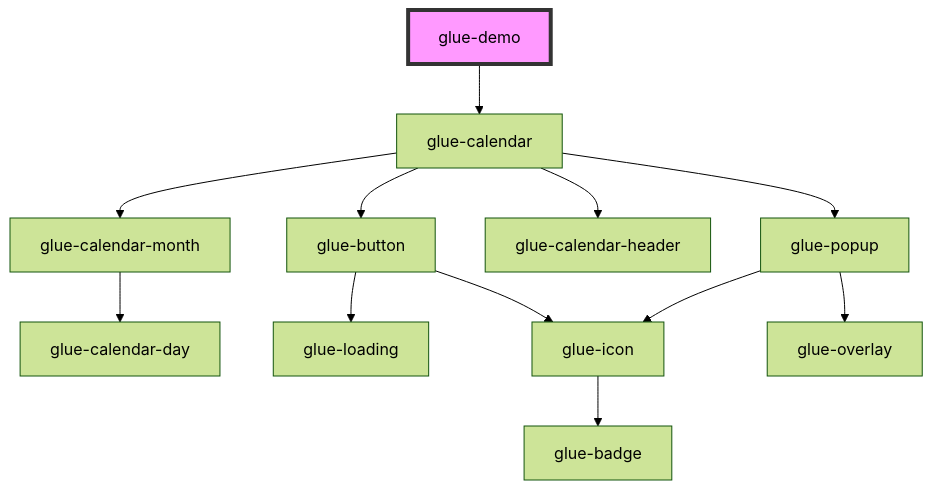
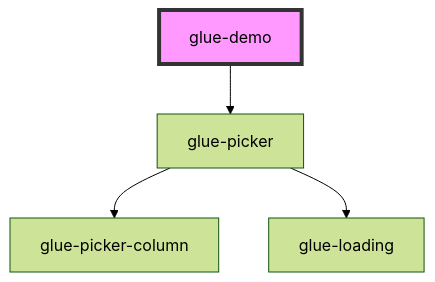
One commit to grasilife/glue changed the diagram in packages/glue-components/src/components/glue-demo/readme.md. Above: the diagram before and after it, drawn with Mermaid (forest theme). The commit also changed other lines of this file and 23 other files, not shown here.

````diff
--- a/packages/glue-components/src/components/glue-demo/readme.md
+++ b/packages/glue-components/src/components/glue-demo/readme.md
@@ -15,15 +15,7 @@
 ```mermaid
 graph TD;
-  glue-demo --> glue-calendar
-  glue-calendar --> glue-calendar-month
-  glue-calendar --> glue-button
-  glue-calendar --> glue-calendar-header
-  glue-calendar --> glue-popup
-  glue-calendar-month --> glue-calendar-day
-  glue-button --> glue-loading
-  glue-button --> glue-icon
-  glue-icon --> glue-badge
-  glue-popup --> glue-icon
-  glue-popup --> glue-overlay
+  glue-demo --> glue-picker
+  glue-picker --> glue-picker-column
+  glue-picker --> glue-loading
   style glue-demo fill:#f9f,stroke:#333,stroke-width:4px
 ```
````
